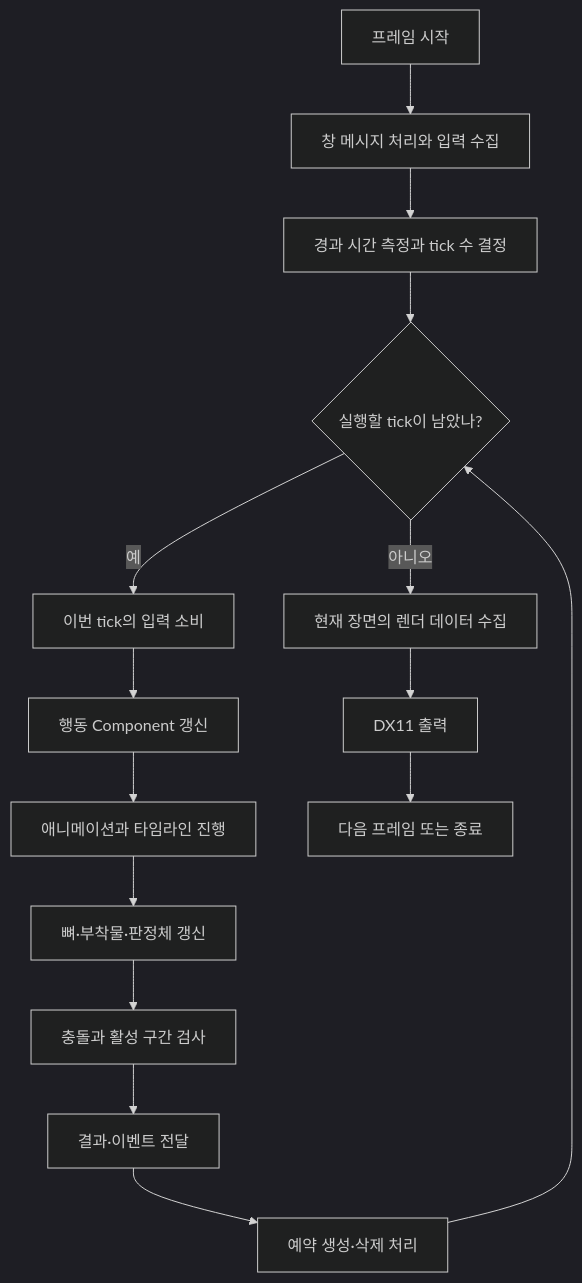
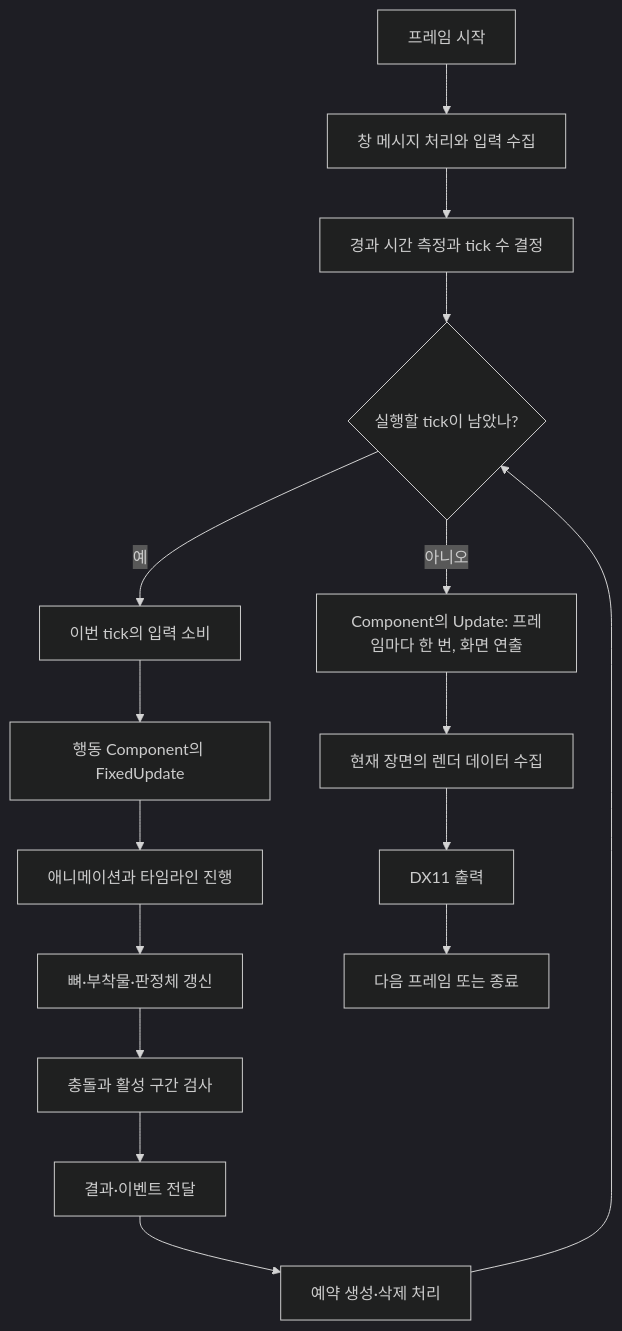
The second of 2 diagrams in docs/architecture.md (jung-seung-hwan/Nereides-Engine2), drawn with Mermaid (dark theme) before and after one commit. The commit also changed other lines of this file and 6 other files, not shown here.

````diff
--- a/docs/architecture.md
+++ b/docs/architecture.md
@@ -54,17 +54,18 @@
 ```mermaid
 flowchart TD
     Start["프레임 시작"] --> Messages["창 메시지 처리와 입력 수집"]
     Messages --> Clock["경과 시간 측정과 tick 수 결정"]
     Clock --> Tick{"실행할 tick이 남았나?"}
     Tick -->|예| Consume["이번 tick의 입력 소비"]
-    Consume --> Logic["행동 Component 갱신"]
+    Consume --> Logic["행동 Component의 FixedUpdate"]
     Logic --> Animation["애니메이션과 타임라인 진행"]
     Animation --> Shapes["뼈·부착물·판정체 갱신"]
     Shapes --> Contact["충돌과 활성 구간 검사"]
     Contact --> Results["결과·이벤트 전달"]
     Results --> Lifetime["예약 생성·삭제 처리"]
     Lifetime --> Tick
-    Tick -->|아니오| Snapshot["현재 장면의 렌더 데이터 수집"]
+    Tick -->|아니오| Update["Component의 Update: 프레임마다 한 번, 화면 연출"]
+    Update --> Snapshot["현재 장면의 렌더 데이터 수집"]
     Snapshot --> Render["DX11 출력"]
     Render --> End["다음 프레임 또는 종료"]
 ```
````
